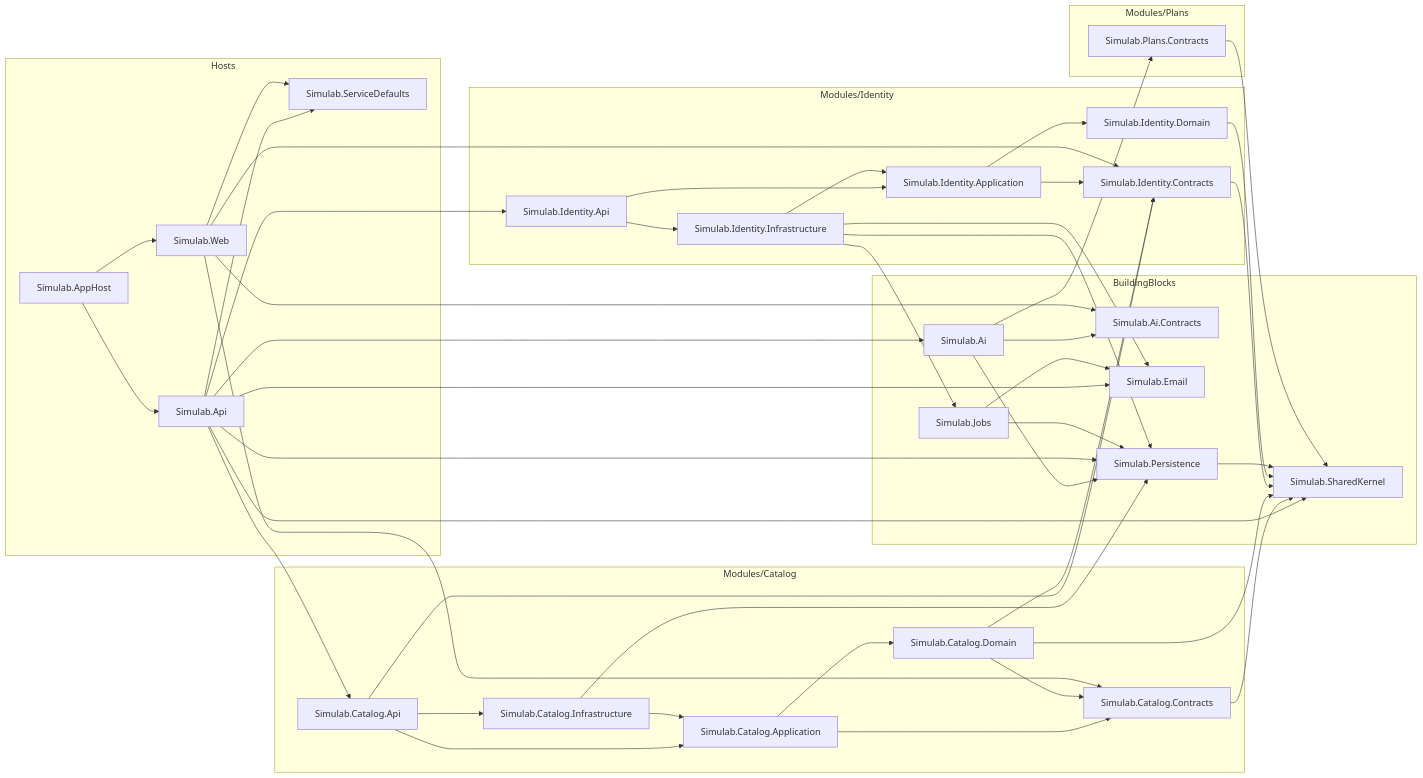
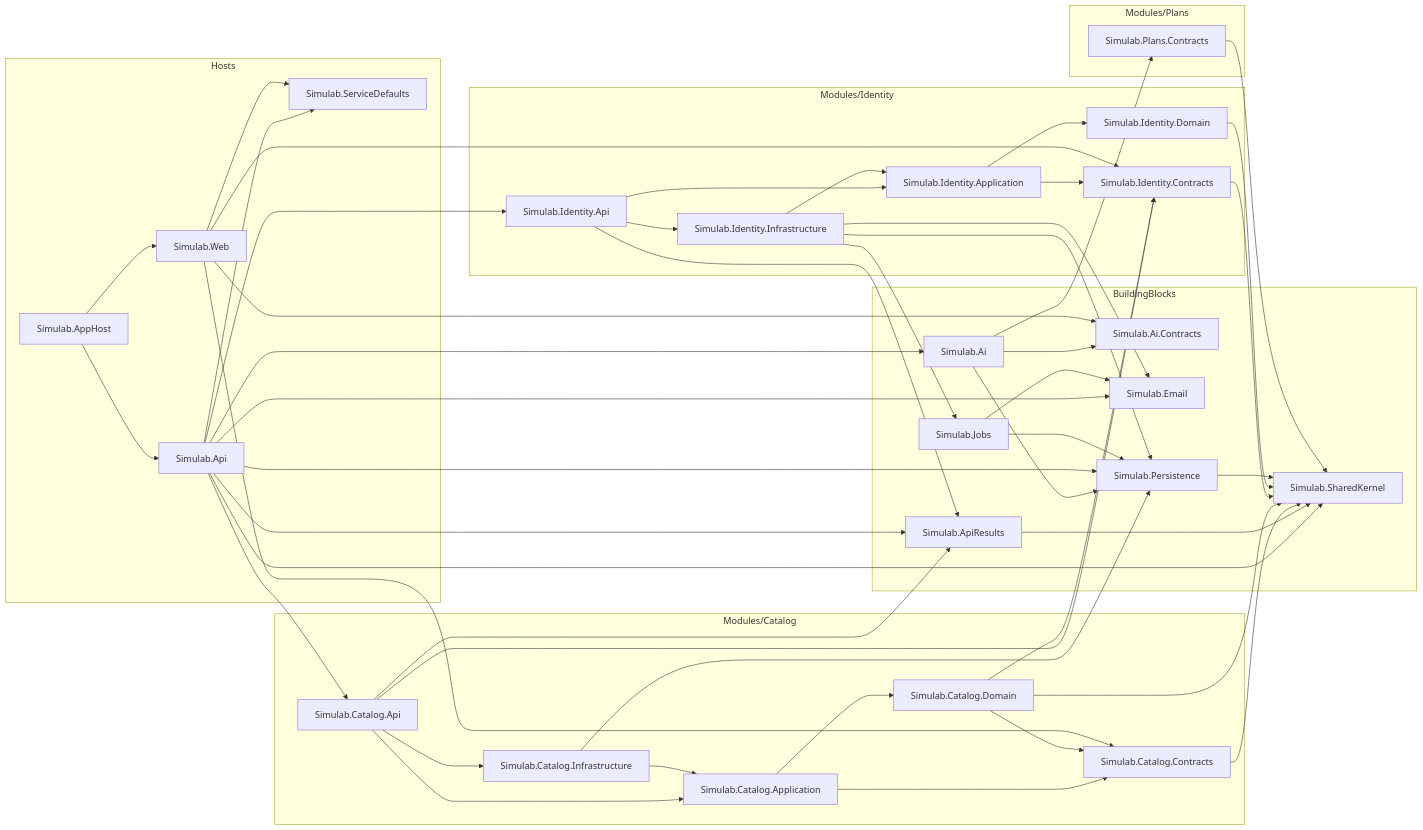
The diagram in docs/architecture/modules.md (alexcanario/simulab), drawn with Mermaid before and after one commit. The commit also changed 11 other files, not shown here.

````diff
--- a/docs/architecture/modules.md
+++ b/docs/architecture/modules.md
@@ -5,75 +5,80 @@
 ```mermaid
 flowchart LR
     subgraph BuildingBlocks["BuildingBlocks"]
         Simulab_Ai["Simulab.Ai"]
         Simulab_Ai_Contracts["Simulab.Ai.Contracts"]
+        Simulab_ApiResults["Simulab.ApiResults"]
         Simulab_Email["Simulab.Email"]
         Simulab_Jobs["Simulab.Jobs"]
         Simulab_Persistence["Simulab.Persistence"]
         Simulab_SharedKernel["Simulab.SharedKernel"]
     end
     subgraph Hosts["Hosts"]
         Simulab_Api["Simulab.Api"]
         Simulab_AppHost["Simulab.AppHost"]
         Simulab_ServiceDefaults["Simulab.ServiceDefaults"]
         Simulab_Web["Simulab.Web"]
     end
     subgraph Modules_Catalog["Modules/Catalog"]
         Simulab_Catalog_Api["Simulab.Catalog.Api"]
         Simulab_Catalog_Application["Simulab.Catalog.Application"]
         Simulab_Catalog_Contracts["Simulab.Catalog.Contracts"]
         Simulab_Catalog_Domain["Simulab.Catalog.Domain"]
         Simulab_Catalog_Infrastructure["Simulab.Catalog.Infrastructure"]
     end
     subgraph Modules_Identity["Modules/Identity"]
         Simulab_Identity_Api["Simulab.Identity.Api"]
         Simulab_Identity_Application["Simulab.Identity.Application"]
         Simulab_Identity_Contracts["Simulab.Identity.Contracts"]
         Simulab_Identity_Domain["Simulab.Identity.Domain"]
         Simulab_Identity_Infrastructure["Simulab.Identity.Infrastructure"]
     end
     subgraph Modules_Plans["Modules/Plans"]
         Simulab_Plans_Contracts["Simulab.Plans.Contracts"]
     end
     Simulab_Ai --> Simulab_Ai_Contracts
     Simulab_Ai --> Simulab_Persistence
     Simulab_Ai --> Simulab_Plans_Contracts
     Simulab_Api --> Simulab_Ai
+    Simulab_Api --> Simulab_ApiResults
     Simulab_Api --> Simulab_Catalog_Api
     Simulab_Api --> Simulab_Email
     Simulab_Api --> Simulab_Identity_Api
     Simulab_Api --> Simulab_Persistence
     Simulab_Api --> Simulab_ServiceDefaults
     Simulab_Api --> Simulab_SharedKernel
+    Simulab_ApiResults --> Simulab_SharedKernel
     Simulab_AppHost --> Simulab_Api
     Simulab_AppHost --> Simulab_Web
+    Simulab_Catalog_Api --> Simulab_ApiResults
     Simulab_Catalog_Api --> Simulab_Catalog_Application
     Simulab_Catalog_Api --> Simulab_Catalog_Infrastructure
     Simulab_Catalog_Api --> Simulab_Identity_Contracts
     Simulab_Catalog_Application --> Simulab_Catalog_Contracts
     Simulab_Catalog_Application --> Simulab_Catalog_Domain
     Simulab_Catalog_Contracts --> Simulab_SharedKernel
     Simulab_Catalog_Domain --> Simulab_Catalog_Contracts
     Simulab_Catalog_Domain --> Simulab_Identity_Contracts
     Simulab_Catalog_Domain --> Simulab_SharedKernel
     Simulab_Catalog_Infrastructure --> Simulab_Catalog_Application
     Simulab_Catalog_Infrastructure --> Simulab_Persistence
+    Simulab_Identity_Api --> Simulab_ApiResults
     Simulab_Identity_Api --> Simulab_Identity_Application
     Simulab_Identity_Api --> Simulab_Identity_Infrastructure
     Simulab_Identity_Application --> Simulab_Identity_Contracts
     Simulab_Identity_Application --> Simulab_Identity_Domain
     Simulab_Identity_Contracts --> Simulab_SharedKernel
     Simulab_Identity_Domain --> Simulab_SharedKernel
     Simulab_Identity_Infrastructure --> Simulab_Email
     Simulab_Identity_Infrastructure --> Simulab_Identity_Application
     Simulab_Identity_Infrastructure --> Simulab_Jobs
     Simulab_Identity_Infrastructure --> Simulab_Persistence
     Simulab_Jobs --> Simulab_Email
     Simulab_Jobs --> Simulab_Persistence
     Simulab_Persistence --> Simulab_SharedKernel
     Simulab_Plans_Contracts --> Simulab_SharedKernel
     Simulab_Web --> Simulab_Ai_Contracts
     Simulab_Web --> Simulab_Catalog_Contracts
     Simulab_Web --> Simulab_Identity_Contracts
     Simulab_Web --> Simulab_ServiceDefaults
 ```
````
